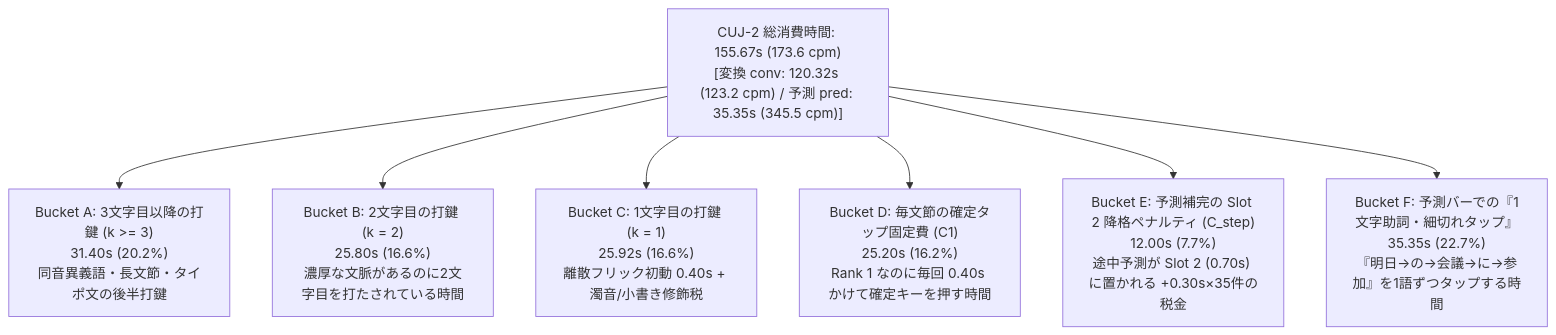
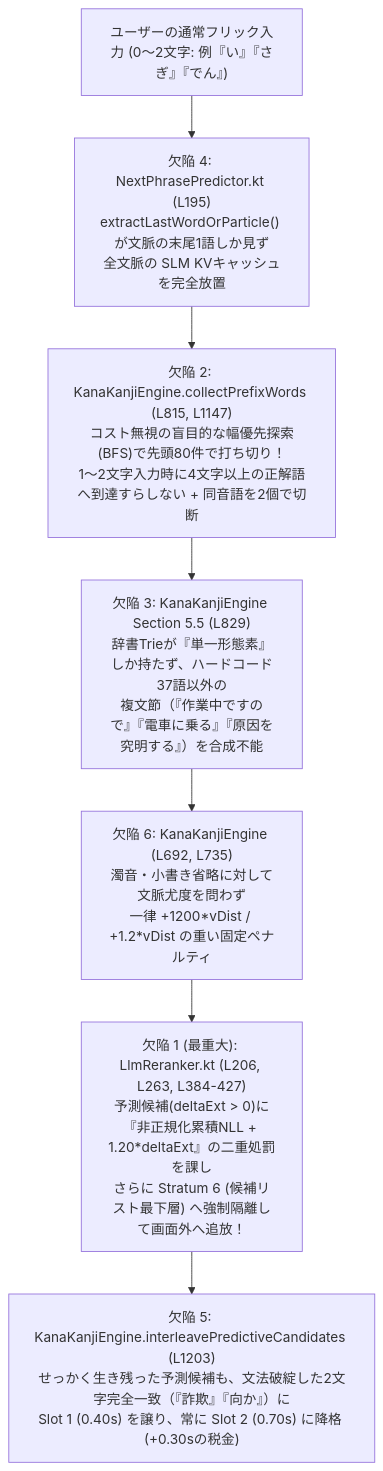
The first of 3 diagrams in docs/eis_radical_headroom_and_moonshot_concepts.md (kenichikurihara/jotinput), drawn with Mermaid before and after one commit. The commit also changed other lines of this file and 3 other files, not shown here.

````diff
--- a/docs/eis_radical_headroom_and_moonshot_concepts.md
+++ b/docs/eis_radical_headroom_and_moonshot_concepts.md
@@ -32,10 +35,10 @@
 ```mermaid
 flowchart TD
-    TOTAL["CUJ-2 総消費時間: 155.67s (173.6 cpm)<br/>[変換 conv: 120.32s (123.2 cpm) / 予測 pred: 35.35s (345.5 cpm)]"]
-    TOTAL --> B_A["Bucket A: 3文字目以降の打鍵 (k >= 3)<br/>31.40s (20.2%)<br/>同音異義語・長文節・タイポ文の後半打鍵"]
-    TOTAL --> B_B["Bucket B: 2文字目の打鍵 (k = 2)<br/>25.80s (16.6%)<br/>濃厚な文脈があるのに2文字目を打たされている時間"]
-    TOTAL --> B_C["Bucket C: 1文字目の打鍵 (k = 1)<br/>25.92s (16.6%)<br/>離散フリック初動 0.40s + 濁音/小書き修飾税"]
-    TOTAL --> B_D["Bucket D: 毎文節の確定タップ固定費 (C1)<br/>25.20s (16.2%)<br/>Rank 1 なのに毎回 0.40s かけて確定キーを押す時間"]
-    TOTAL --> B_E["Bucket E: 予測補完の Slot 2 降格ペナルティ (C_step)<br/>12.00s (7.7%)<br/>途中予測が Slot 2 (0.70s) に置かれる +0.30s×35件の税金"]
-    TOTAL --> B_F["Bucket F: 予測バーでの『1文字助詞・細切れタップ』<br/>35.35s (22.7%)<br/>『明日→の→会議→に→参加』を1語ずつタップする時間"]
+    INPUT["ユーザーの通常フリック入力 (0〜2文字: 例『い』『さぎ』『でん』)"]
+    INPUT --> BUG4["欠陥 4: NextPhrasePredictor.kt (L195)<br/>extractLastWordOrParticle() が文脈の末尾1語しか見ず<br/>全文脈の SLM KVキャッシュを完全放置"]
+    BUG4 --> BUG2["欠陥 2: KanaKanjiEngine.collectPrefixWords (L815, L1147)<br/>コスト無視の盲目的な幅優先探索(BFS)で先頭80件で打ち切り！<br/>1〜2文字入力時に4文字以上の正解語へ到達すらしない + 同音語を2個で切断"]
+    BUG2 --> BUG3["欠陥 3: KanaKanjiEngine Section 5.5 (L829)<br/>辞書Trieが『単一形態素』しか持たず、ハードコード37語以外の<br/>複文節（『作業中ですので』『電車に乗る』『原因を究明する』）を合成不能"]
+    BUG3 --> BUG6["欠陥 6: KanaKanjiEngine (L692, L735)<br/>濁音・小書き省略に対して文脈尤度を問わず<br/>一律 +1200*vDist / +1.2*vDist の重い固定ペナルティ"]
+    BUG6 --> BUG1["欠陥 1 (最重大): LlmReranker.kt (L206, L263, L384-427)<br/>予測候補(deltaExt > 0)に『非正規化累積NLL + 1.20*deltaExt』の二重処罰を課し<br/>さらに Stratum 6 (候補リスト最下層) へ強制隔離して画面外へ追放！"]
+    BUG1 --> BUG5["欠陥 5: KanaKanjiEngine.interleavePredictiveCandidates (L1203)<br/>せっかく生き残った予測候補も、文法破綻した2文字完全一致（『詐欺』『向か』）に<br/>Slot 1 (0.40s) を譲り、常に Slot 2 (0.70s) に降格 (+0.30sの税金)"]
 ```
````
